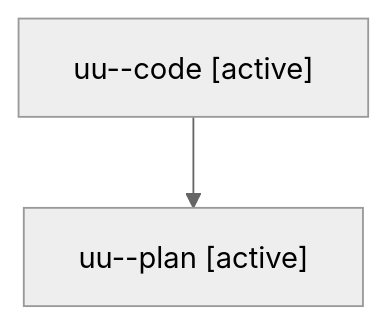
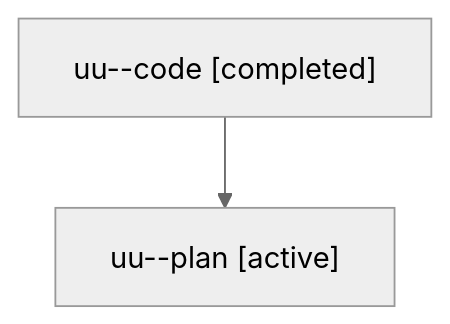
One commit to sase-org/sase--agents changed the diagram in families/bbugyi200.athena.uu.md. Above: the diagram before and after it, drawn with Mermaid (neutral theme). The commit also changed other lines of this file and 4556 other files, not shown here.

````diff
--- a/families/bbugyi200.athena.uu.md
+++ b/families/bbugyi200.athena.uu.md
@@ -9,6 +9,6 @@
 ```mermaid
 flowchart TD
-  n0["uu--code [active]"]
+  n0["uu--code [completed]"]
   n1["uu--plan [active]"]
   n0 --> n1
 ```
````
